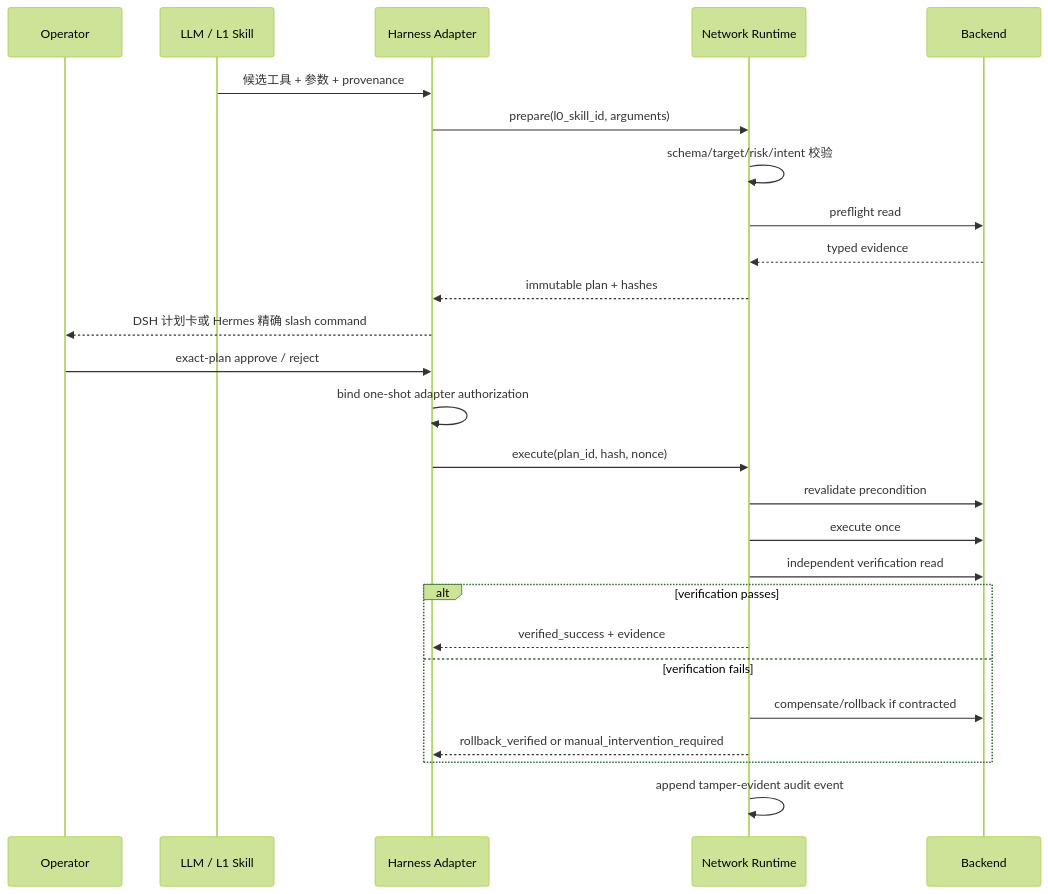
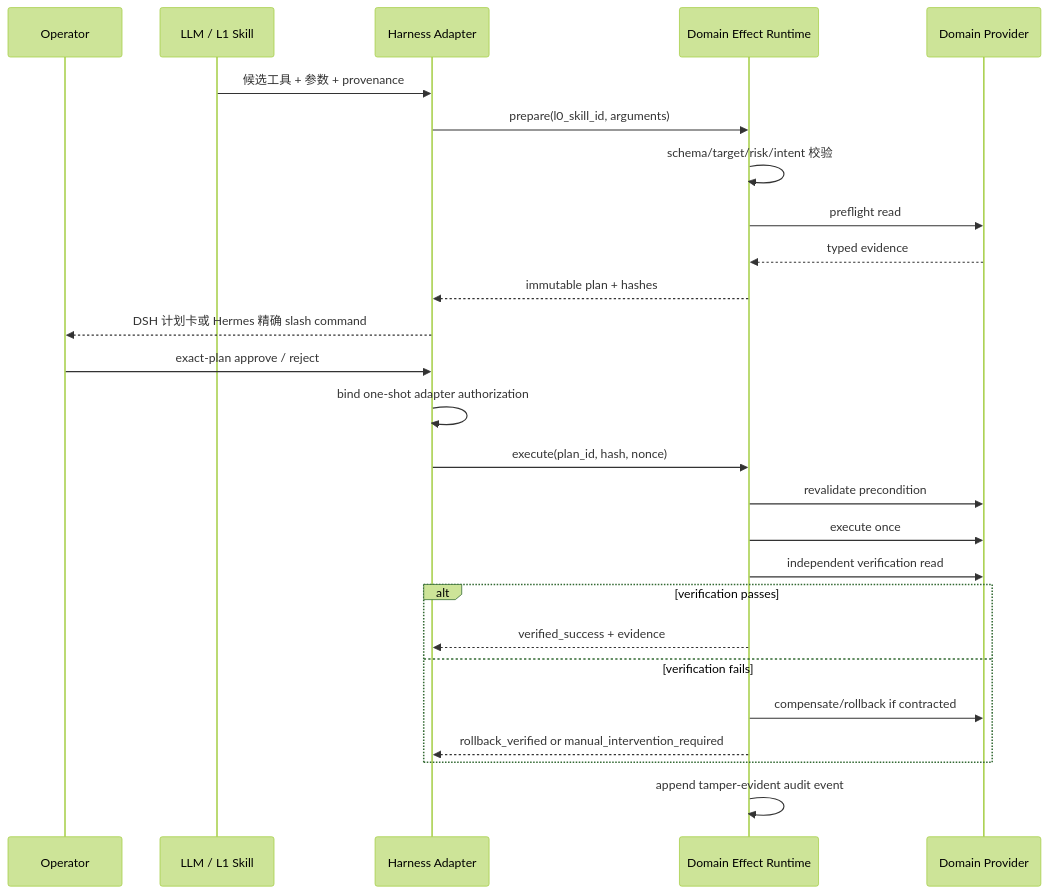
The second of 3 diagrams in HLD.md (kevinyjk25/NetOpYuAgent), drawn with Mermaid (forest theme) before and after one commit. The commit also changed other lines of this file and 59 other files, not shown here.

````diff
--- a/HLD.md
+++ b/HLD.md
@@ -61,29 +66,29 @@
 ```mermaid
 sequenceDiagram
     participant U as Operator
     participant M as LLM / L1 Skill
     participant D as Harness Adapter
-    participant R as Network Runtime
-    participant B as Backend
+    participant R as Domain Effect Runtime
+    participant B as Domain Provider
 
     M->>D: 候选工具 + 参数 + provenance
     D->>R: prepare(l0_skill_id, arguments)
     R->>R: schema/target/risk/intent 校验
     R->>B: preflight read
     B-->>R: typed evidence
     R-->>D: immutable plan + hashes
     D-->>U: DSH 计划卡或 Hermes 精确 slash command
     U->>D: exact-plan approve / reject
     D->>D: bind one-shot adapter authorization
     D->>R: execute(plan_id, hash, nonce)
     R->>B: revalidate precondition
     R->>B: execute once
     R->>B: independent verification read
     alt verification passes
         R-->>D: verified_success + evidence
     else verification fails
         R->>B: compensate/rollback if contracted
         R-->>D: rollback_verified or manual_intervention_required
     end
     R->>R: append tamper-evident audit event
 ```
````
